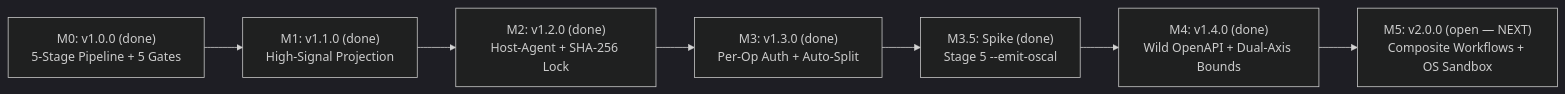
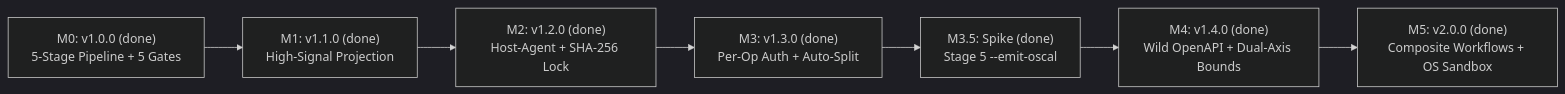
The diagram in docs/ROADMAP.md (bsommers/forge), drawn with Mermaid (dark theme) before and after one commit. The commit also changed other lines of this file and 19 other files, not shown here.

Commit message:
feat(m5): add composite x-mcp-workflows, client_profiles, OS kernel sandbox & fixture replay (v2.0.0)

````diff
--- a/docs/ROADMAP.md
+++ b/docs/ROADMAP.md
@@ -13,9 +13,9 @@
 ```mermaid
 flowchart LR
     M0["M0: v1.0.0 (done)\n5-Stage Pipeline + 5 Gates"] --> M1["M1: v1.1.0 (done)\nHigh-Signal Projection"]
     M1 --> M2["M2: v1.2.0 (done)\nHost-Agent + SHA-256 Lock"]
     M2 --> M3["M3: v1.3.0 (done)\nPer-Op Auth + Auto-Split"]
     M3 --> M35["M3.5: Spike (done)\nStage 5 --emit-oscal"]
     M35 --> M4["M4: v1.4.0 (done)\nWild OpenAPI + Dual-Axis Bounds"]
-    M4 --> M5["M5: v2.0.0 (open — NEXT)\nComposite Workflows + OS Sandbox"]
+    M4 --> M5["M5: v2.0.0 (done)\nComposite Workflows + OS Sandbox"]
 ```
````
